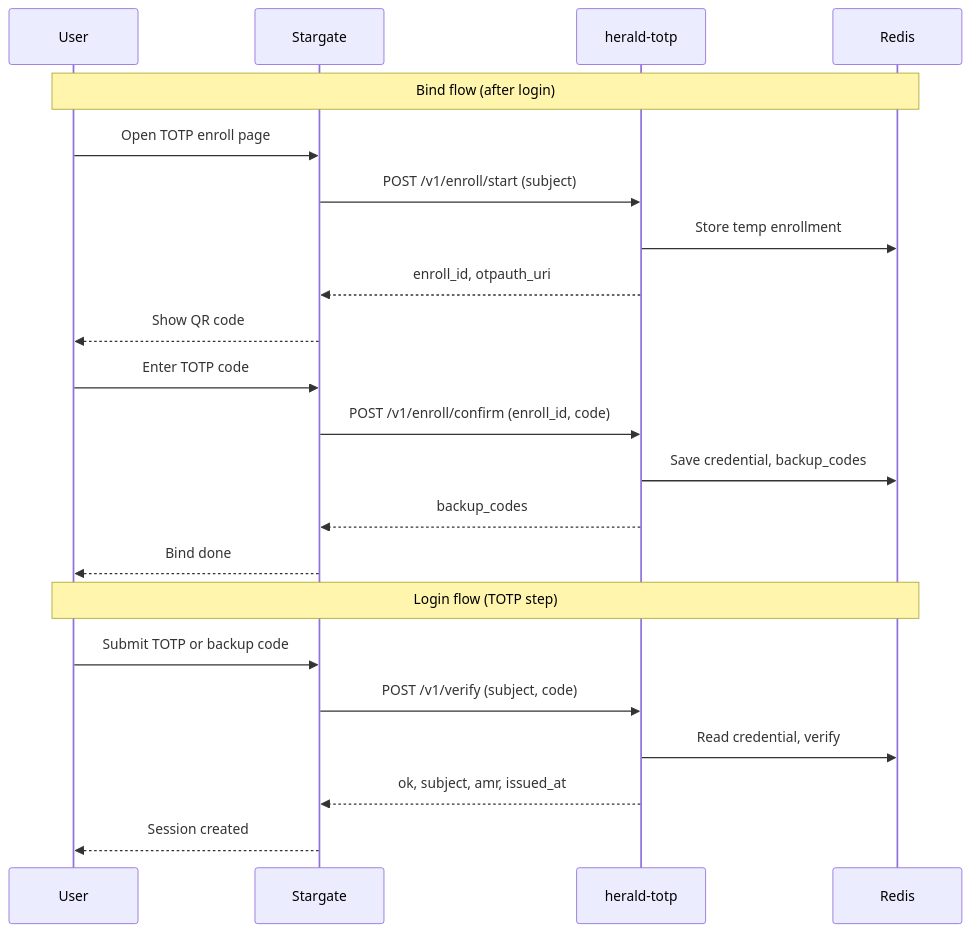
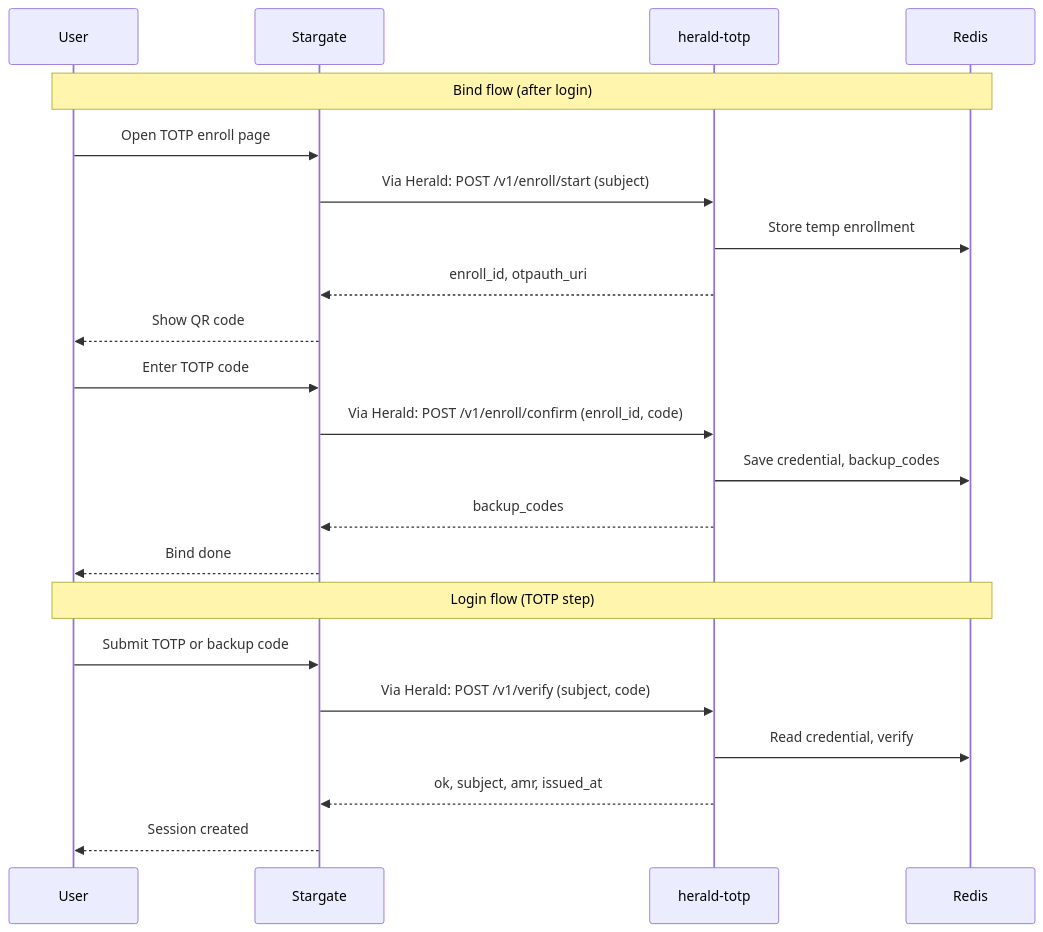
One commit to soulteary/herald-totp changed the diagram in README.md. Above: the diagram before and after it, drawn with Mermaid. The commit also changed other lines of this file and 9 other files, not shown here.

````diff
--- a/README.md
+++ b/README.md
@@ -37,26 +37,26 @@
 ```mermaid
 sequenceDiagram
   participant User
   participant Stargate
   participant HeraldTotp as herald-totp
   participant Redis
 
   Note over User,Redis: Bind flow (after login)
   User->>Stargate: Open TOTP enroll page
-  Stargate->>HeraldTotp: POST /v1/enroll/start (subject)
+  Stargate->>HeraldTotp: Via Herald: POST /v1/enroll/start (subject)
   HeraldTotp->>Redis: Store temp enrollment
   HeraldTotp-->>Stargate: enroll_id, otpauth_uri
   Stargate-->>User: Show QR code
   User->>Stargate: Enter TOTP code
-  Stargate->>HeraldTotp: POST /v1/enroll/confirm (enroll_id, code)
+  Stargate->>HeraldTotp: Via Herald: POST /v1/enroll/confirm (enroll_id, code)
   HeraldTotp->>Redis: Save credential, backup_codes
   HeraldTotp-->>Stargate: backup_codes
   Stargate-->>User: Bind done
 
   Note over User,Redis: Login flow (TOTP step)
   User->>Stargate: Submit TOTP or backup code
-  Stargate->>HeraldTotp: POST /v1/verify (subject, code)
+  Stargate->>HeraldTotp: Via Herald: POST /v1/verify (subject, code)
   HeraldTotp->>Redis: Read credential, verify
   HeraldTotp-->>Stargate: ok, subject, amr, issued_at
   Stargate-->>User: Session created
 ```
````
